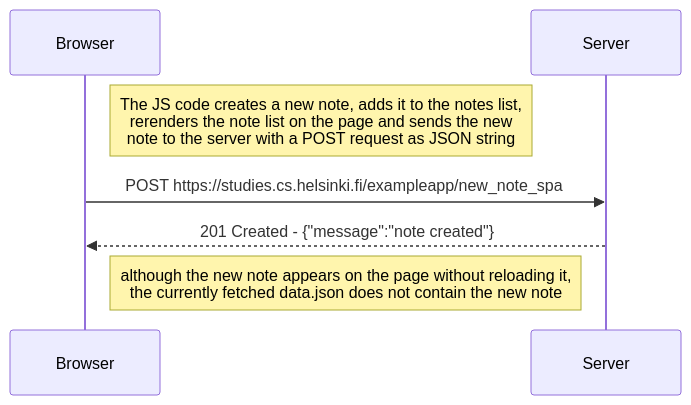
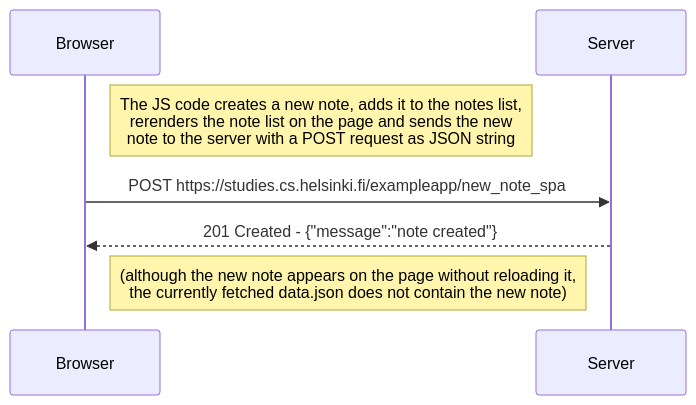
Before and after one commit to ktsirangelos/fso: the diagram in part0/0.6.md, drawn with Mermaid.

````diff
--- a/part0/0.6.md
+++ b/part0/0.6.md
@@ -1,11 +1,11 @@
 ```mermaid
 sequenceDiagram
 
 Note right of Browser: The JS code creates a new note, adds it to the notes list,<br>rerenders the note list on the page and sends the new<br>note to the server with a POST request as JSON string
 
 Browser->>Server: POST https://studies.cs.helsinki.fi/exampleapp/new_note_spa
 
 Server-->>Browser: 201 Created - {"message":"note created"}
 
-Note right of Browser: although the new note appears on the page without reloading it,<br> the currently fetched data.json does not contain the new note
+Note right of Browser: (although the new note appears on the page without reloading it,<br> the currently fetched data.json does not contain the new note)
 ```
````
